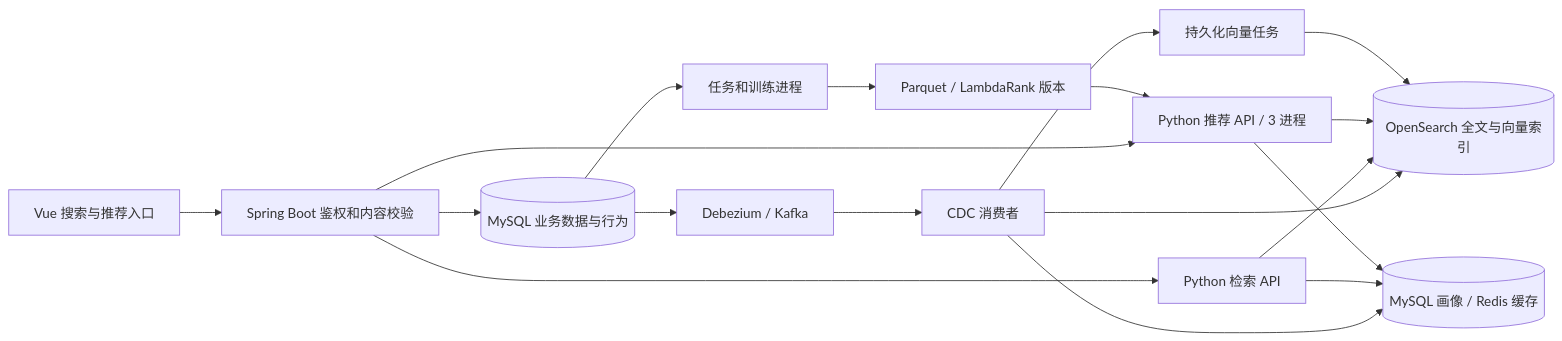
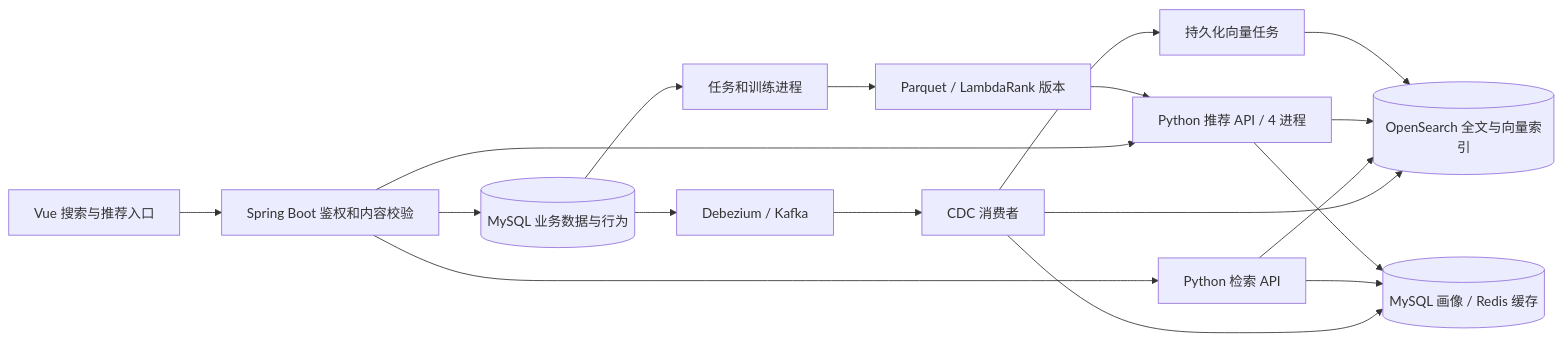
Before and after one commit to quanyechaTAT/NBAManager: the diagram in docs/discovery-system.md, drawn with Mermaid. The commit also changed other lines of this file and 12 other files, not shown here.

````diff
--- a/docs/discovery-system.md
+++ b/docs/discovery-system.md
@@ -19,20 +19,20 @@
 ```mermaid
 flowchart LR
     UI[Vue 搜索与推荐入口] --> Java[Spring Boot 鉴权和内容校验]
     Java --> API[Python 检索 API]
-    Java --> Rec[Python 推荐 API / 3 进程]
+    Java --> Rec[Python 推荐 API / 4 进程]
     Java --> DB[(MySQL 业务数据与行为)]
     DB --> CDC[Debezium / Kafka]
     CDC --> Worker[CDC 消费者]
     Worker --> Search[(OpenSearch 全文与向量索引)]
     Worker --> Profile[(MySQL 画像 / Redis 缓存)]
     API --> Search
     API --> Profile
     Rec --> Search
     Rec --> Profile
     DB --> Jobs[任务和训练进程]
     Jobs --> Model[Parquet / LambdaRank 版本]
     Model --> Rec
     Worker --> Encode[持久化向量任务]
     Encode --> Search
 ```
````
